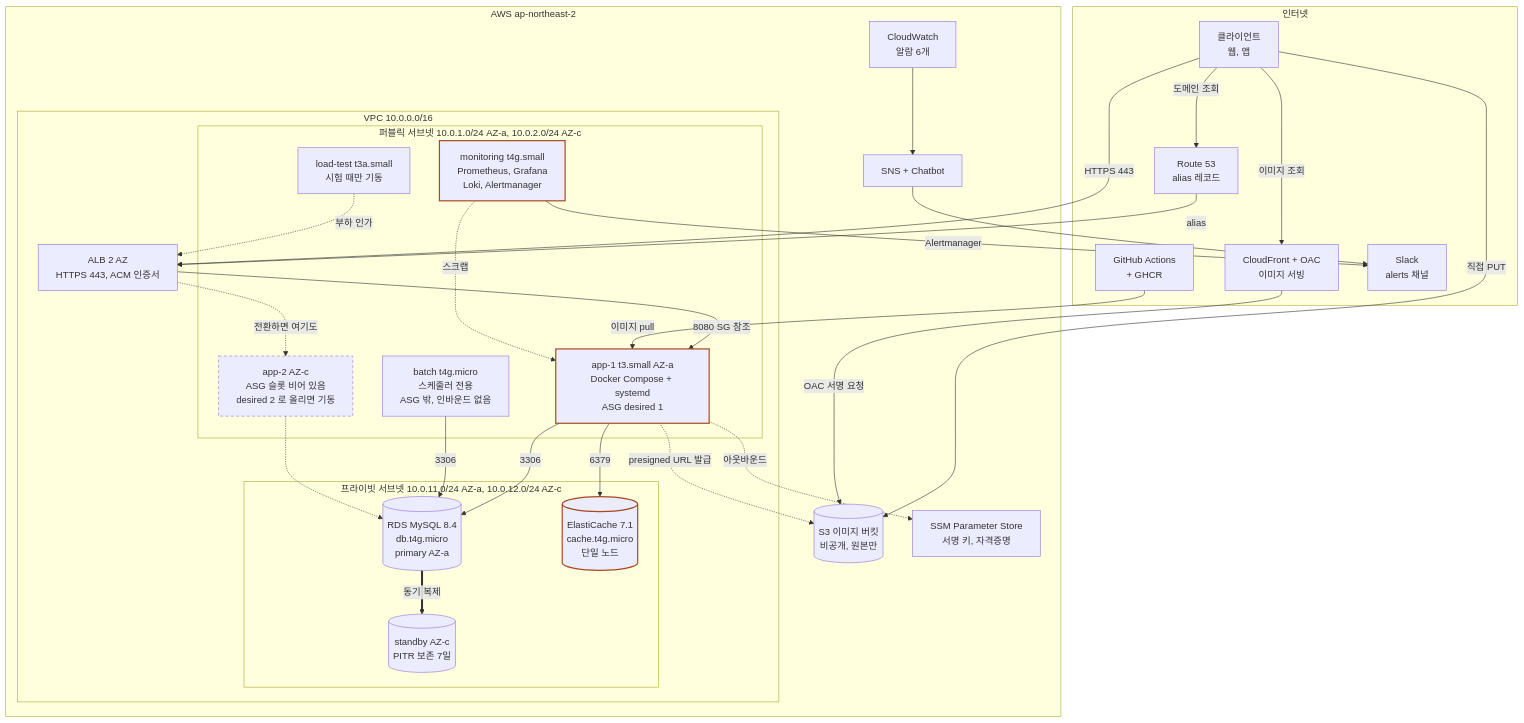
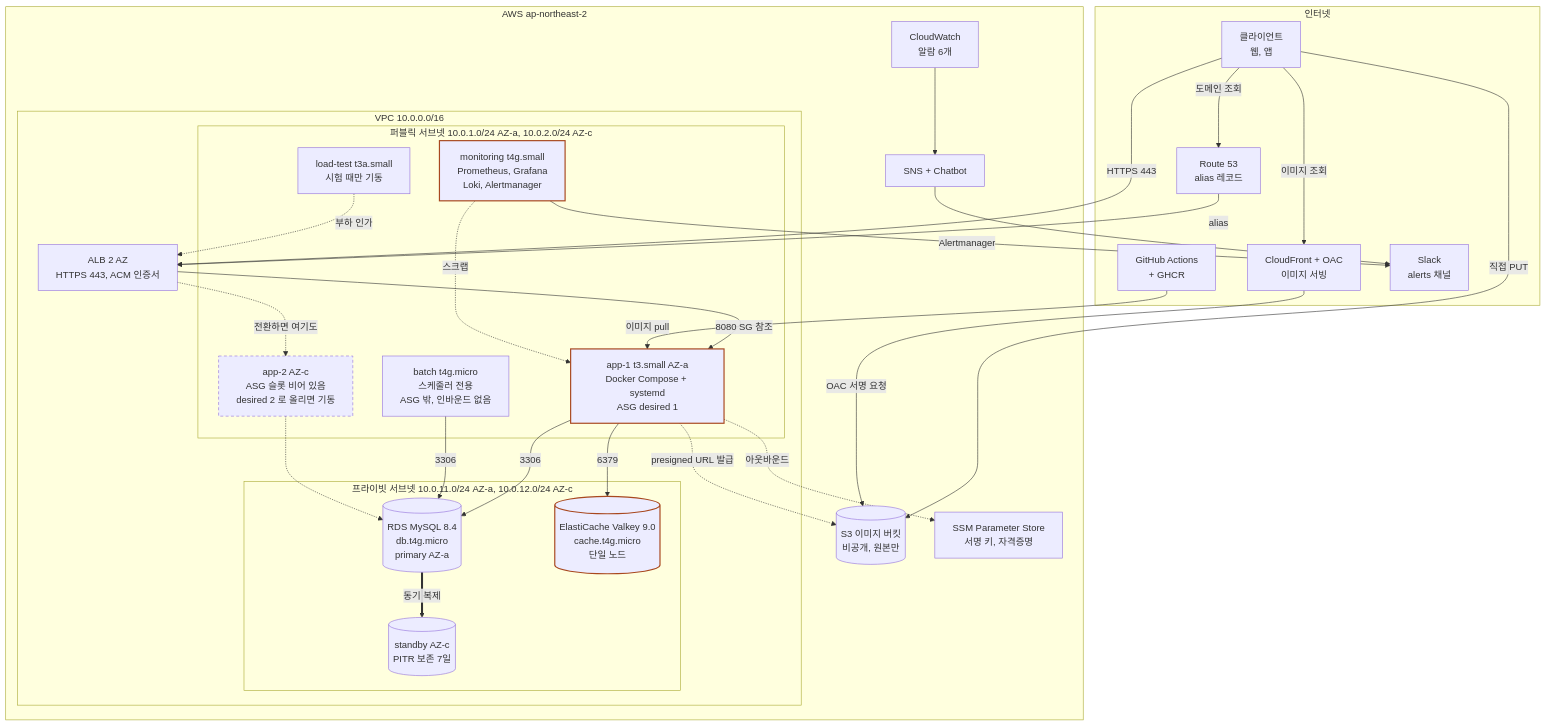
The first of 10 diagrams in docs/system-design/백엔드공통_시스템디자인_종합.md (LGU-2/infra), drawn with Mermaid before and after one commit. The commit also changed other lines of this file and 5 other files, not shown here.

Commit message:
[Fix] 캐시 엔진을 ElastiCache Valkey 9.0 으로 바꾼다

````diff
--- a/docs/system-design/백엔드공통_시스템디자인_종합.md
+++ b/docs/system-design/백엔드공통_시스템디자인_종합.md
@@ -10,61 +10,61 @@
 ```mermaid
 graph TB
     subgraph internet["인터넷"]
         U["클라이언트<br/>웹, 앱"]
         R53["Route 53<br/>alias 레코드"]
         CFT["CloudFront + OAC<br/>이미지 서빙"]
         GH["GitHub Actions<br/>+ GHCR"]
         SLK["Slack<br/>alerts 채널"]
     end
 
     subgraph aws["AWS ap-northeast-2"]
         S3I[("S3 이미지 버킷<br/>비공개, 원본만")]
         SSM["SSM Parameter Store<br/>서명 키, 자격증명"]
         CWA["CloudWatch<br/>알람 6개"]
         SNS["SNS + Chatbot"]
 
         subgraph vpc["VPC 10.0.0.0/16"]
             ALB["ALB 2 AZ<br/>HTTPS 443, ACM 인증서"]
 
             subgraph pub["퍼블릭 서브넷 10.0.1.0/24 AZ-a, 10.0.2.0/24 AZ-c"]
                 APP1["app-1 t3.small AZ-a<br/>Docker Compose + systemd<br/>ASG desired 1"]
                 APP2["app-2 AZ-c<br/>ASG 슬롯 비어 있음<br/>desired 2 로 올리면 기동"]
                 MON["monitoring t4g.small<br/>Prometheus, Grafana<br/>Loki, Alertmanager"]
                 BAT["batch t4g.micro<br/>스케줄러 전용<br/>ASG 밖, 인바운드 없음"]
                 LTI["load-test t3a.small<br/>시험 때만 기동"]
             end
 
             subgraph pri["프라이빗 서브넷 10.0.11.0/24 AZ-a, 10.0.12.0/24 AZ-c"]
                 RDS1[("RDS MySQL 8.4<br/>db.t4g.micro<br/>primary AZ-a")]
                 RDS2[("standby AZ-c<br/>PITR 보존 7일")]
-                CACHE[("ElastiCache 7.1<br/>cache.t4g.micro<br/>단일 노드")]
+                CACHE[("ElastiCache Valkey 9.0<br/>cache.t4g.micro<br/>단일 노드")]
             end
         end
     end
 
     U -->|도메인 조회| R53
     R53 -->|alias| ALB
     U -->|HTTPS 443| ALB
     ALB -->|8080 SG 참조| APP1
     APP1 -->|3306| RDS1
     APP1 -->|6379| CACHE
     RDS1 ==>|동기 복제| RDS2
     APP1 -.->|presigned URL 발급| S3I
     U -->|직접 PUT| S3I
     U -->|이미지 조회| CFT
     CFT -->|OAC 서명 요청| S3I
     APP1 -.->|아웃바운드| SSM
     BAT -->|3306| RDS1
     GH -->|이미지 pull| APP1
     MON -.->|스크랩| APP1
     MON -->|Alertmanager| SLK
     CWA --> SNS --> SLK
     LTI -.->|부하 인가| ALB
     ALB -.->|전환하면 여기도| APP2
     APP2 -.-> RDS1
 
     classDef spof stroke:#A8481F,stroke-width:2px;
     class APP1,CACHE,MON spof;
     classDef idle stroke-dasharray:5 4;
     class APP2 idle;
 ```
````
